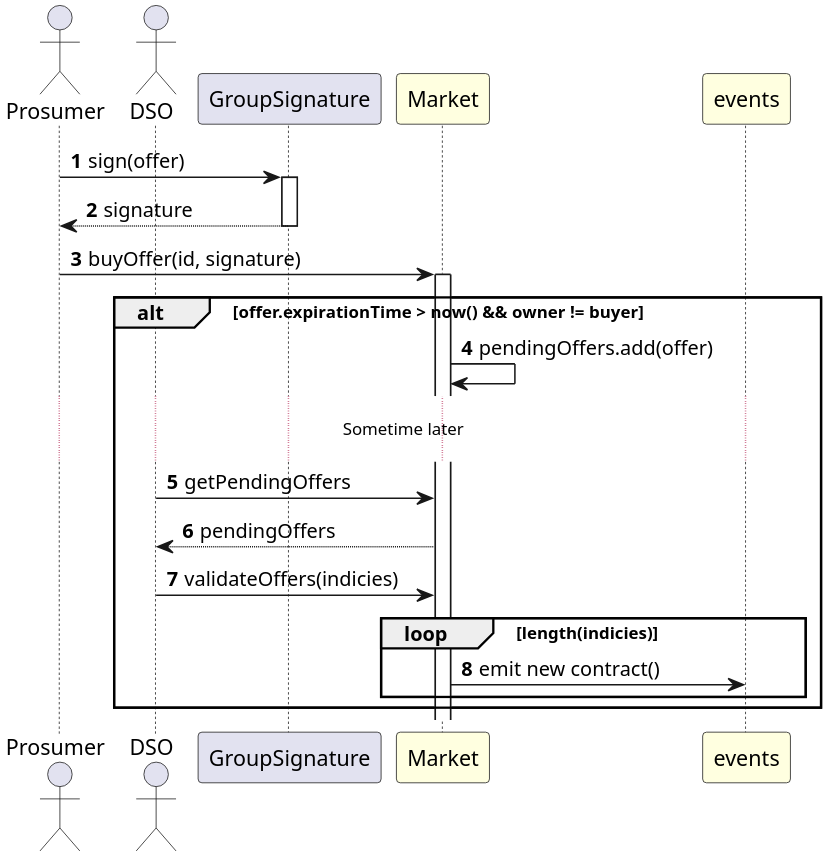
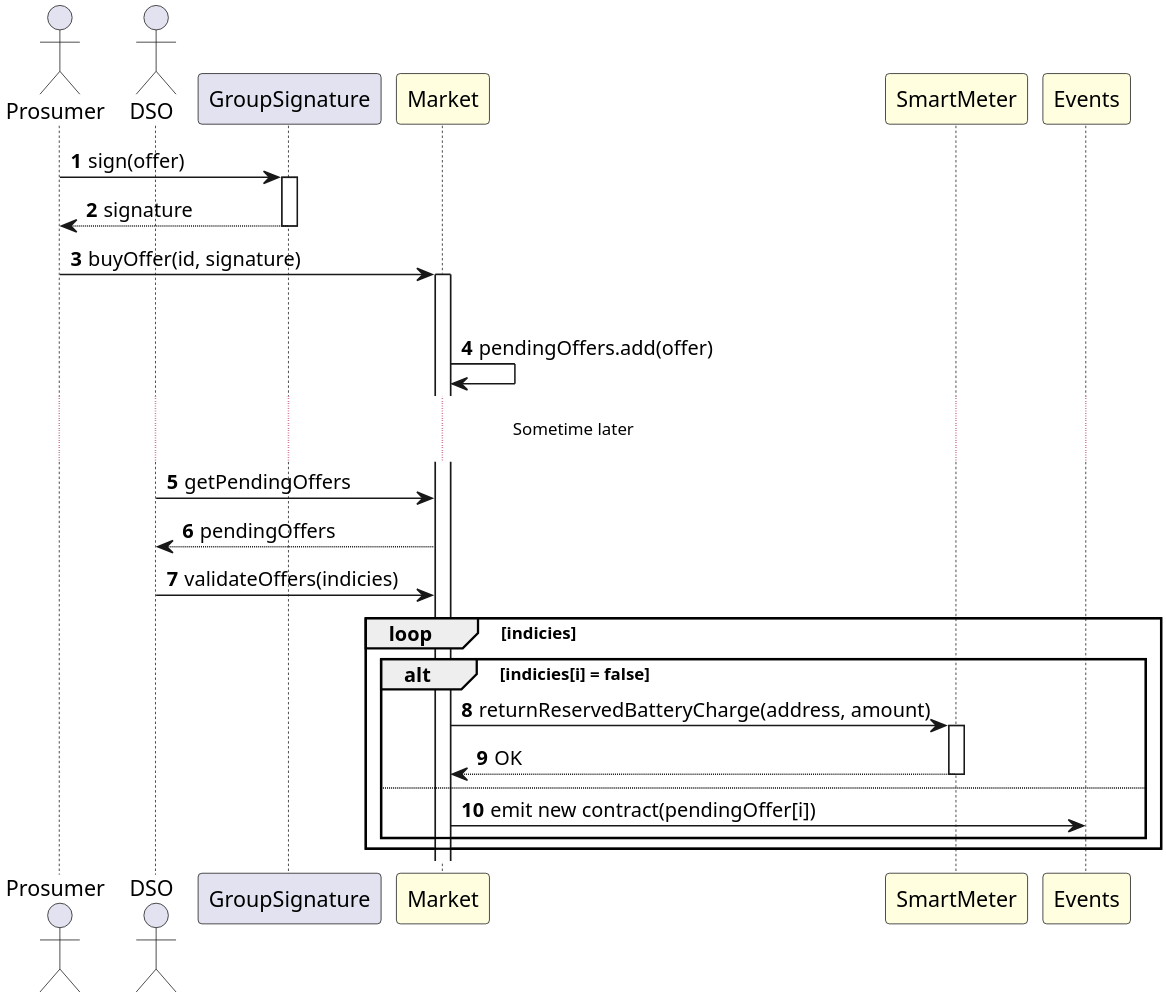
The diagram in docs/SequenceDiagrams/buyOffer.puml (antonoeschmidt/SmartGridEmpowered), drawn with PlantUML before and after one commit. The commit also changed 2 other files, not shown here.

Commit message:
updated diagrams agian

```diff
--- a/docs/SequenceDiagrams/buyOffer.puml
+++ b/docs/SequenceDiagrams/buyOffer.puml
@@ -1,27 +1,32 @@
 @startuml BuyOffer
 actor Prosumer
 actor DSO
 participant GroupSignature
 participant Market #LightYellow
-participant events #LightYellow 
+participant SmartMeter #LightYellow
+participant Events #LightYellow 
 
 skinparam dpi 300
 
 autonumber
 
 Prosumer -> GroupSignature ++: sign(offer)
 GroupSignature --> Prosumer --: signature
 
 Prosumer -> Market ++: buyOffer(id, signature)
 alt offer.expirationTime > now() && owner != buyer
 Market -> Market: pendingOffers.add(offer)
 ...Sometime later...
 DSO -> Market: getPendingOffers
 Market --> DSO: pendingOffers
 DSO -> Market: validateOffers(indicies)
-loop length(indicies)
-Market -> events: emit new contract()
+loop indicies
+alt indicies[i] = false
+Market -> SmartMeter ++: returnReservedBatteryCharge(address, amount)
+SmartMeter --> Market --: OK
+else
+Market -> Events: emit new contract(pendingOffer[i])
 end
 end
 
 @enduml
```
